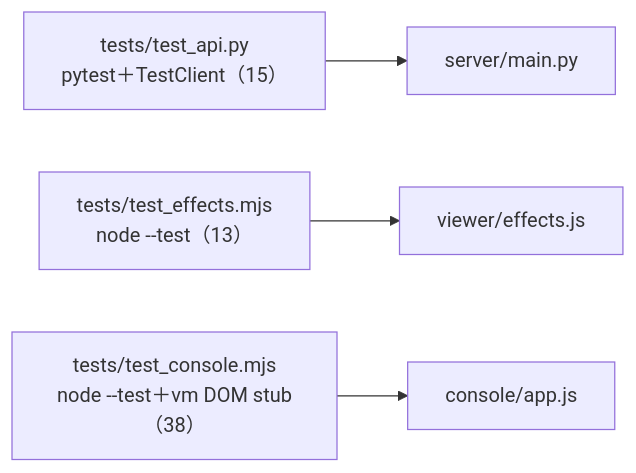
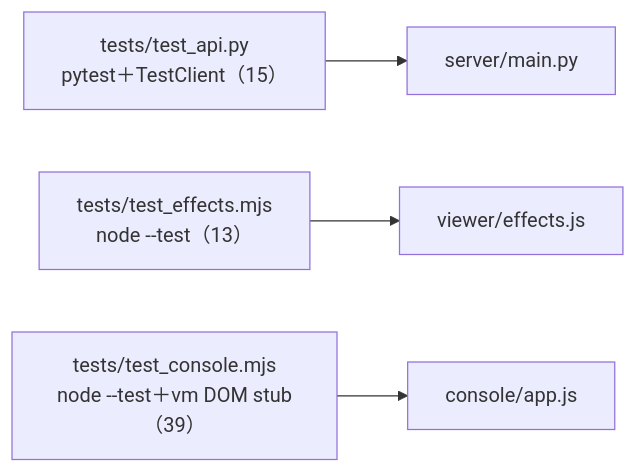
One commit to zivngit/Real-time-Interaction-html changed the sixth of 6 diagrams in docs/agents/CALL_GRAPH.md. Above: the diagram before and after it, drawn with Mermaid. The commit also changed other lines of this file and 5 other files, not shown here.

````diff
--- a/docs/agents/CALL_GRAPH.md
+++ b/docs/agents/CALL_GRAPH.md
@@ -195,6 +196,6 @@
 ```mermaid
 flowchart LR
     TA["tests/test_api.py<br/>pytest＋TestClient（15）"] --> M["server/main.py"]
     TE["tests/test_effects.mjs<br/>node --test（13）"] --> S["viewer/effects.js"]
-    TC["tests/test_console.mjs<br/>node --test＋vm DOM stub（38）"] --> K["console/app.js"]
+    TC["tests/test_console.mjs<br/>node --test＋vm DOM stub（39）"] --> K["console/app.js"]
 ```
````
